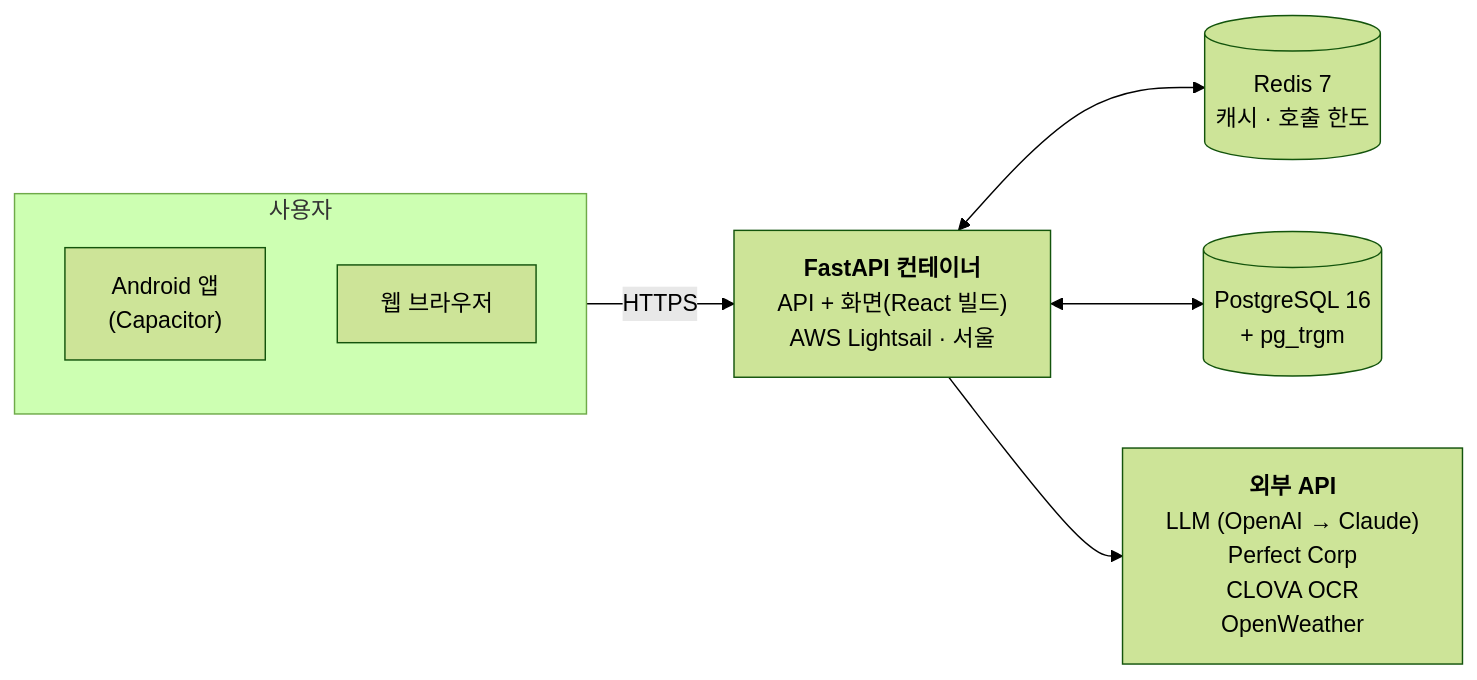
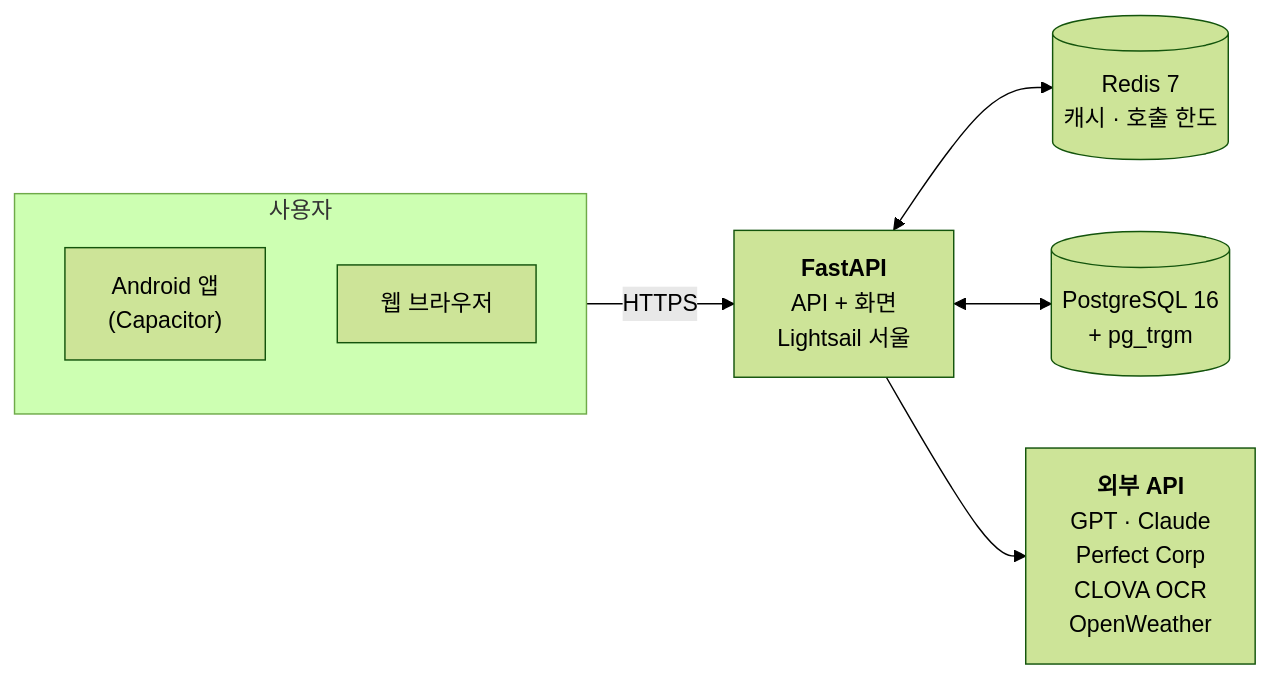
Before and after one commit to EunSeong-Jo/capstone: the diagram in README.md, drawn with Mermaid (forest theme). The commit also changed other lines of this file and 1 other file, not shown here.

````diff
--- a/README.md
+++ b/README.md
@@ -40,12 +40,12 @@
 ```mermaid
 flowchart LR
     subgraph USER["사용자"]
         APK["Android 앱<br/>(Capacitor)"]
         WEB["웹 브라우저"]
     end
 
-    USER -- HTTPS --> API["<b>FastAPI 컨테이너</b><br/>API + 화면(React 빌드)<br/>AWS Lightsail · 서울"]
+    USER -- HTTPS --> API["<b>FastAPI</b><br/>API + 화면<br/>Lightsail 서울"]
     API <--> REDIS[("Redis 7<br/>캐시 · 호출 한도")]
     API <--> DB[("PostgreSQL 16<br/>+ pg_trgm")]
-    API --> EXT["<b>외부 API</b><br/>LLM (OpenAI → Claude)<br/>Perfect Corp<br/>CLOVA OCR<br/>OpenWeather"]
+    API --> EXT["<b>외부 API</b><br/>GPT · Claude<br/>Perfect Corp<br/>CLOVA OCR<br/>OpenWeather"]
 ```
````
